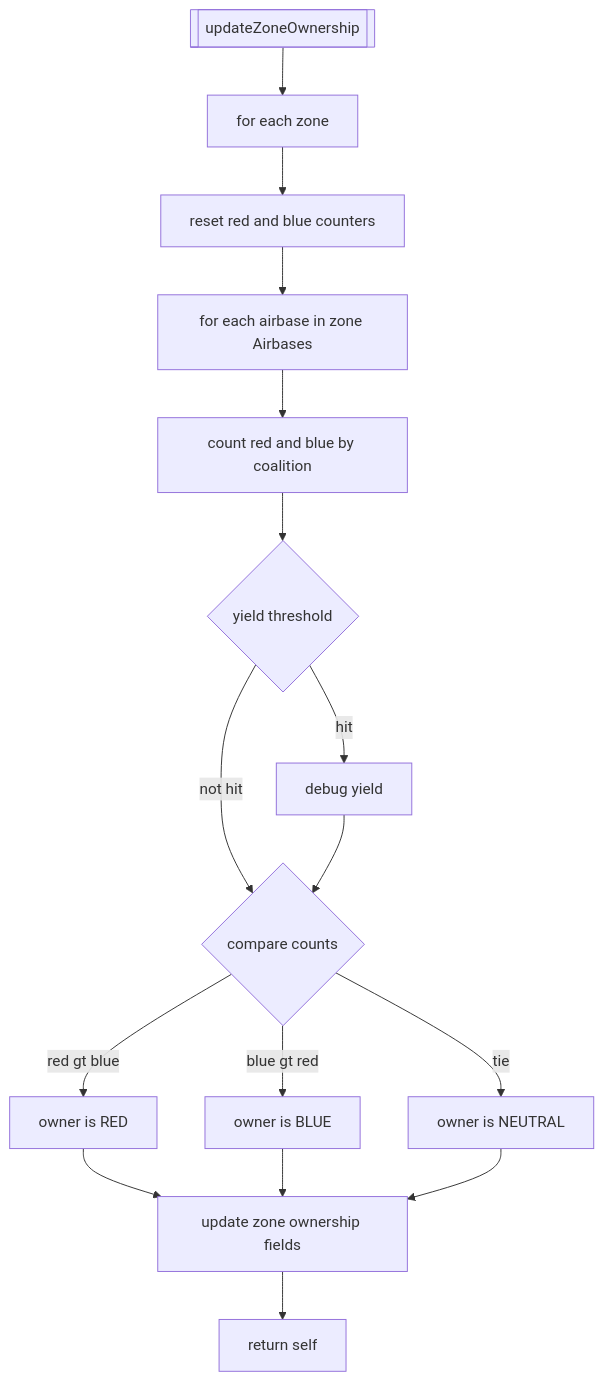
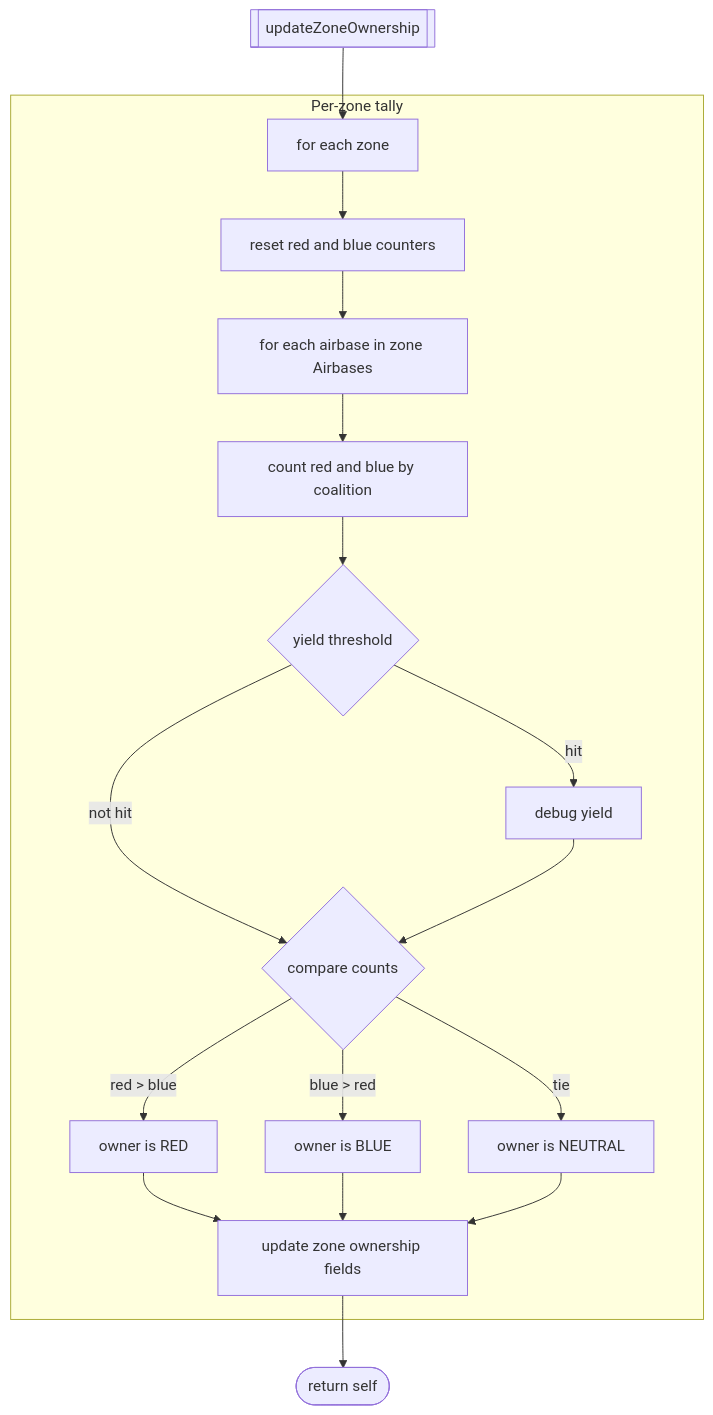
The second of 7 diagrams in docs/world/ownership.md (Gh0st352/AETHR), drawn with Mermaid before and after one commit. The commit also changed other lines of this file and 7 other files, not shown here.

First line of the commit message:
docs(world, mermaid): normalize headings and standardize Mermaid diagrams

````diff
--- a/docs/world/ownership.md
+++ b/docs/world/ownership.md
@@ -43,18 +50,25 @@
 ```mermaid
+%% shared theme: docs/_mermaid/theme.json %%
 flowchart TD
   UZO[[updateZoneOwnership]] --> ZL[for each zone]
-  ZL --> CNT[reset red and blue counters]
-  CNT --> ABL[for each airbase in zone Airbases]
-  ABL --> INC[count red and blue by coalition]
-  INC --> YLD{yield threshold}
-  YLD -->|hit| CY[debug yield]
-  YLD -->|not hit| CNCL{compare counts}
-  CY --> CNCL
-  CNCL -->|red gt blue| OWN[owner is RED]
-  CNCL -->|blue gt red| OWN2[owner is BLUE]
-  CNCL -->|tie| OWN3[owner is NEUTRAL]
-  OWN --> SET[update zone ownership fields]
-  OWN2 --> SET
-  OWN3 --> SET
-  SET --> RET[return self]
+  subgraph "Per-zone tally"
+    ZL --> CNT[reset red and blue counters]
+    CNT --> ABL[for each airbase in zone Airbases]
+    ABL --> INC[count red and blue by coalition]
+    INC --> YLD{yield threshold}
+    YLD -- "hit" --> CY[debug yield]
+    YLD -- "not hit" --> CNCL{compare counts}
+    CY --> CNCL
+    CNCL -- "red > blue" --> OWN[owner is RED]
+    CNCL -- "blue > red" --> OWN2[owner is BLUE]
+    CNCL -- "tie" --> OWN3[owner is NEUTRAL]
+    OWN --> SET[update zone ownership fields]
+    OWN2 --> SET
+    OWN3 --> SET
+  end
+  SET --> RET([return self])
+
+  class YLD,CNCL class_decision;
+  class RET class_result;
+  class UZO,ZL,CNT,ABL,INC,CY,OWN,OWN2,OWN3,SET class_step;
 ```
````
